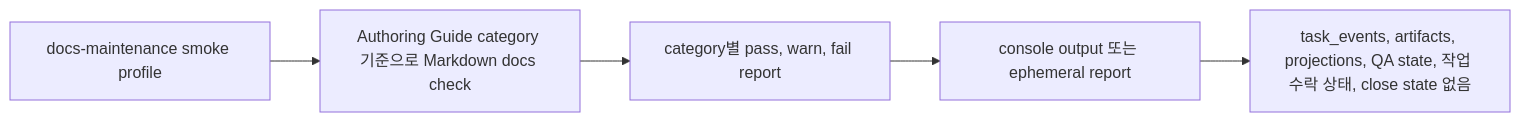
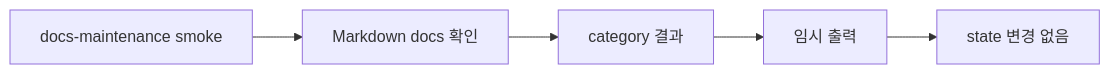
Before and after one commit to minjungw00/Harness_Project: the third of 11 diagrams in docs/ko/reference/operations-and-conformance.md, drawn with Mermaid. The commit also changed other lines of this file and 20 other files, not shown here.

Commit message:
docs: refresh diagrams for staged authority model

````diff
--- a/docs/ko/reference/operations-and-conformance.md
+++ b/docs/ko/reference/operations-and-conformance.md
@@ -189,7 +189,7 @@
 ```mermaid
 flowchart LR
-  Start["docs-maintenance smoke profile"] --> Check["Authoring Guide category 기준으로 Markdown docs check"]
-  Check --> Report["category별 pass, warn, fail report"]
-  Report --> Output["console output 또는 ephemeral report"]
-  Output --> Hold["task_events, artifacts, projections, QA state, 작업 수락 상태, close state 없음"]
+  Start["docs-maintenance smoke"] --> Check["Markdown docs 확인"]
+  Check --> Report["category 결과"]
+  Report --> Output["임시 출력"]
+  Output --> Hold["state 변경 없음"]
 ```
````
